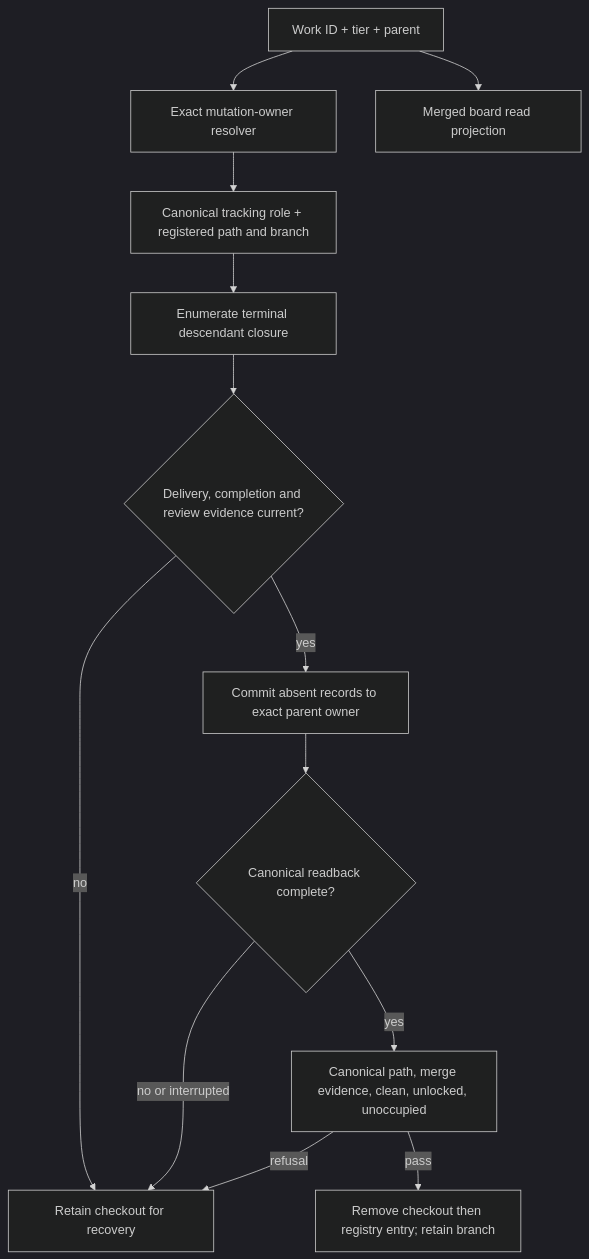
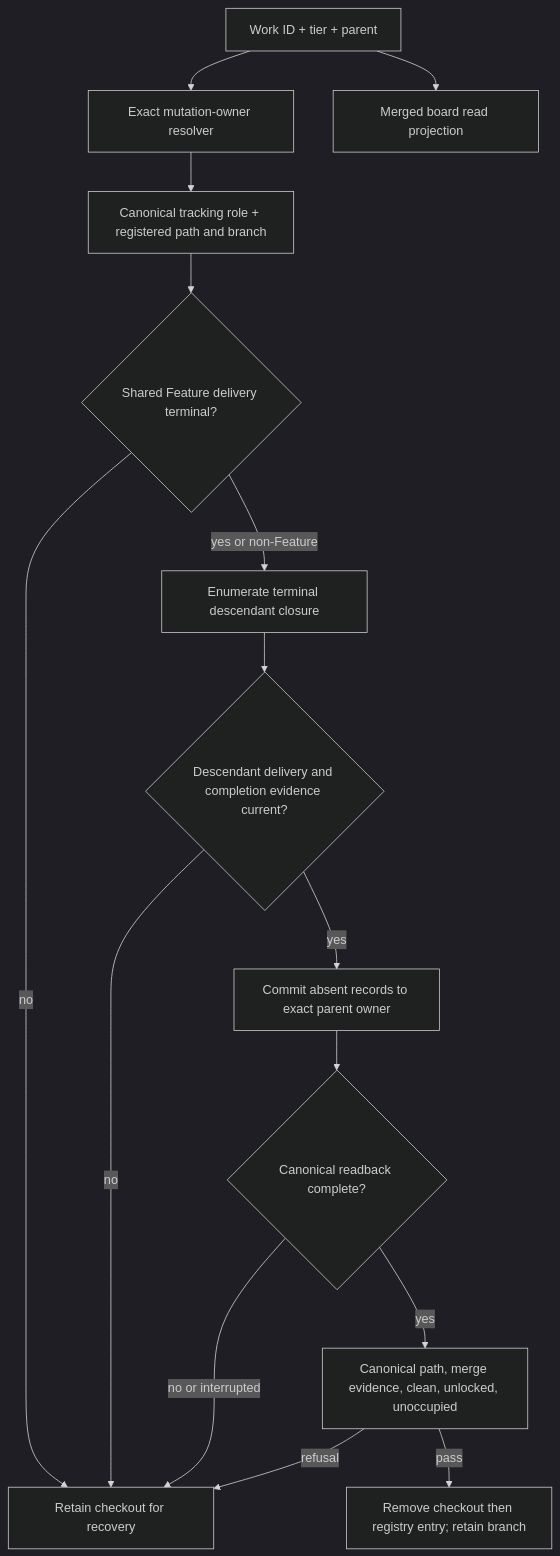
The fourth of 4 diagrams in cascade/workspace/DESIGN.md (vincentc-b/CascadeCode), drawn with Mermaid (dark theme) before and after one commit. The commit also changed other lines of this file and 15 other files, not shown here.

````diff
--- a/cascade/workspace/DESIGN.md
+++ b/cascade/workspace/DESIGN.md
@@ -349,15 +359,17 @@
 ```mermaid
 flowchart TD
     ID[Work ID + tier + parent] --> Owner[Exact mutation-owner resolver]
     Owner --> Registry[Canonical tracking role + registered path and branch]
     ID --> Projection[Merged board read projection]
-    Registry --> Terminal[Enumerate terminal descendant closure]
-    Terminal --> Evidence{Delivery, completion and review evidence current?}
+    Registry --> Delivery{Shared Feature delivery terminal?}
+    Delivery -->|no| Retain
+    Delivery -->|yes or non-Feature| Terminal[Enumerate terminal descendant closure]
+    Terminal --> Evidence{Descendant delivery and completion evidence current?}
     Evidence -->|no| Retain
     Evidence -->|yes| Persist[Commit absent records to exact parent owner]
     Persist --> Readback{Canonical readback complete?}
     Readback -->|no or interrupted| Retain
     Readback -->|yes| Gates[Canonical path, merge evidence, clean, unlocked, unoccupied]
     Gates -->|pass| Remove[Remove checkout then registry entry; retain branch]
     Gates -->|refusal| Retain[Retain checkout for recovery]
 ```
````
